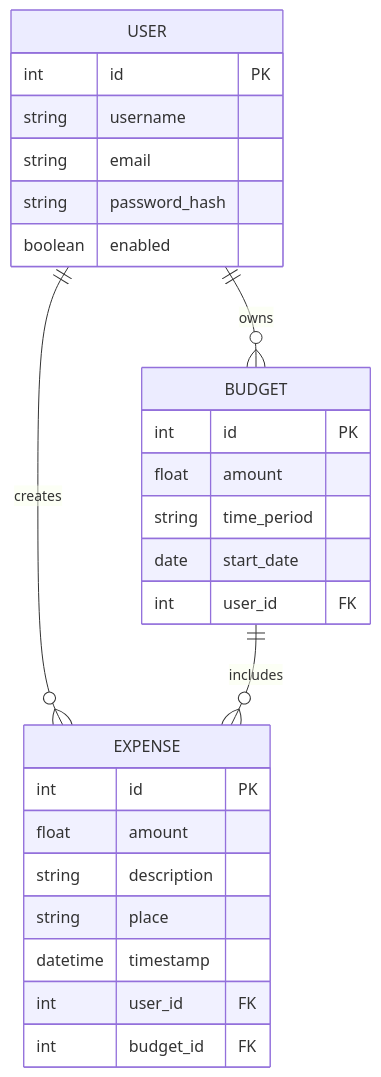
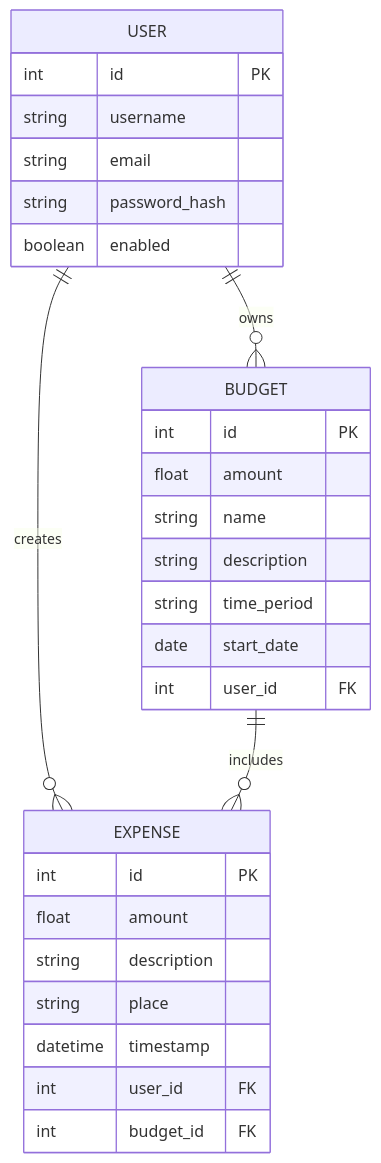
The diagram in readme.md (AndriiShybaiev/Expense_tracker), drawn with Mermaid before and after one commit. The commit also changed 4 other files, not shown here.

````diff
--- a/readme.md
+++ b/readme.md
@@ -33,32 +33,34 @@
 ```mermaid
 erDiagram
     USER {
         int id PK
         string username
         string email
         string password_hash
         boolean enabled
     }
 
     BUDGET {
         int id PK
         float amount
+        string name
+        string description
         string time_period
         date start_date
         int user_id FK
     }
 
     EXPENSE {
         int id PK
         float amount
         string description
         string place
         datetime timestamp
         int user_id FK
         int budget_id FK
     }
 
     USER ||--o{ BUDGET : owns
     USER ||--o{ EXPENSE : creates
     BUDGET ||--o{ EXPENSE : includes
 ```
````
